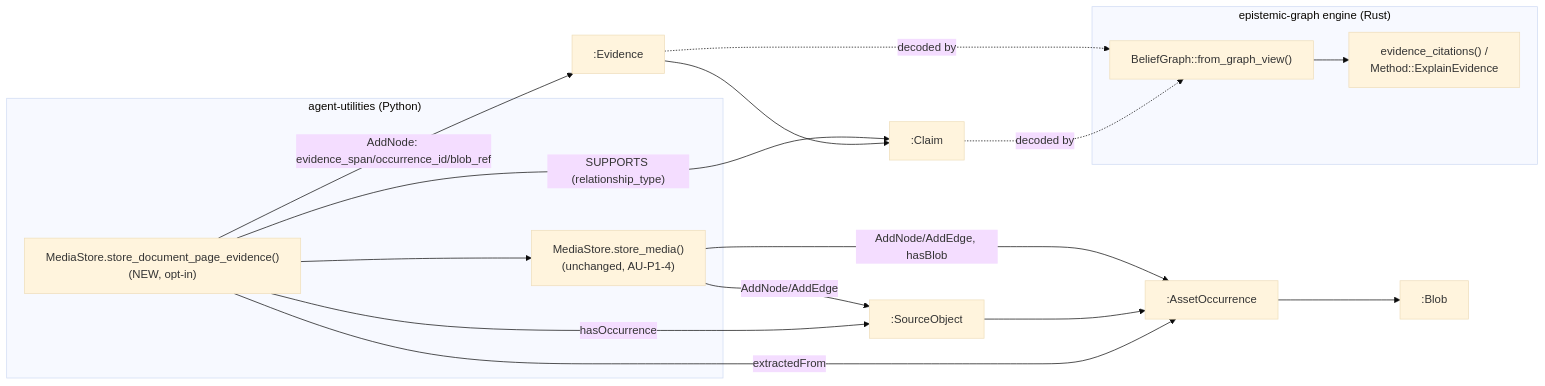
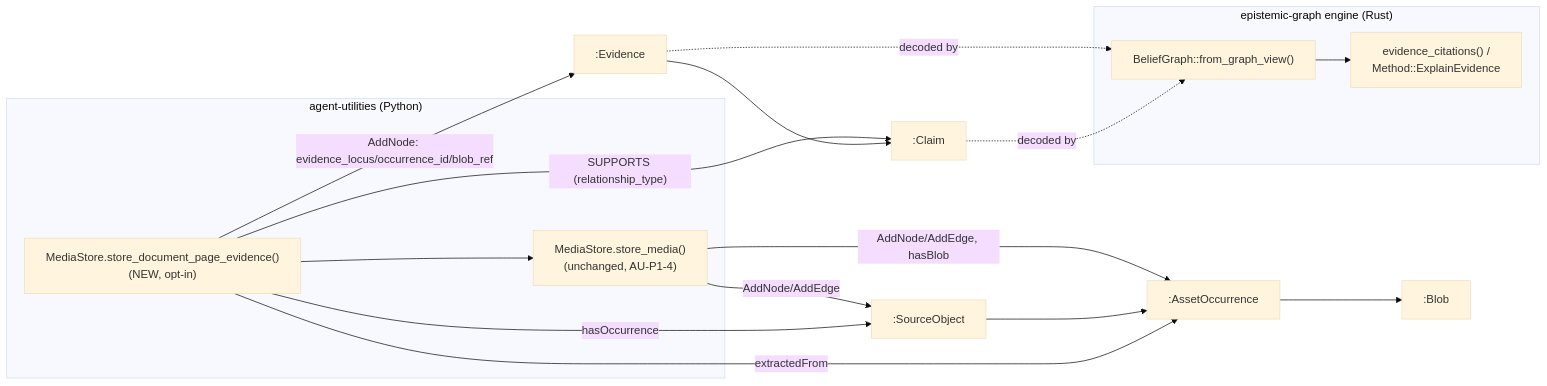
One commit to Knuckles-Team/agent-utilities changed the diagram in docs/architecture/evidence_spine_convergence.md. Above: the diagram before and after it, drawn with Mermaid (base theme). The commit also changed other lines of this file and 2 other files, not shown here.

````diff
--- a/docs/architecture/evidence_spine_convergence.md
+++ b/docs/architecture/evidence_spine_convergence.md
@@ -60,27 +82,27 @@
 ```mermaid
 flowchart LR
     subgraph AU["agent-utilities (Python)"]
         SM["MediaStore.store_media()\n(unchanged, AU-P1-4)"]
         SD["MediaStore.store_document_page_evidence()\n(NEW, opt-in)"]
         SD --> SM
     end
 
     SM -->|AddNode/AddEdge| SO[":SourceObject"]
     SM -->|AddNode/AddEdge, hasBlob| OC[":AssetOccurrence"]
     OC --> BL[":Blob"]
     SD -->|hasOccurrence| SO
     SO --> OC
-    SD -->|AddNode: evidence_span/occurrence_id/blob_ref| EV[":Evidence"]
+    SD -->|AddNode: evidence_locus/occurrence_id/blob_ref| EV[":Evidence"]
     SD -->|extractedFrom| OC
     SD -->|"SUPPORTS (relationship_type)"| CL[":Claim"]
     EV --> CL
 
     subgraph EG["epistemic-graph engine (Rust)"]
         BGV["BeliefGraph::from_graph_view()"]
         EC["evidence_citations() /\nMethod::ExplainEvidence"]
         BGV --> EC
     end
 
     EV -.decoded by.-> BGV
     CL -.decoded by.-> BGV
 ```
````
